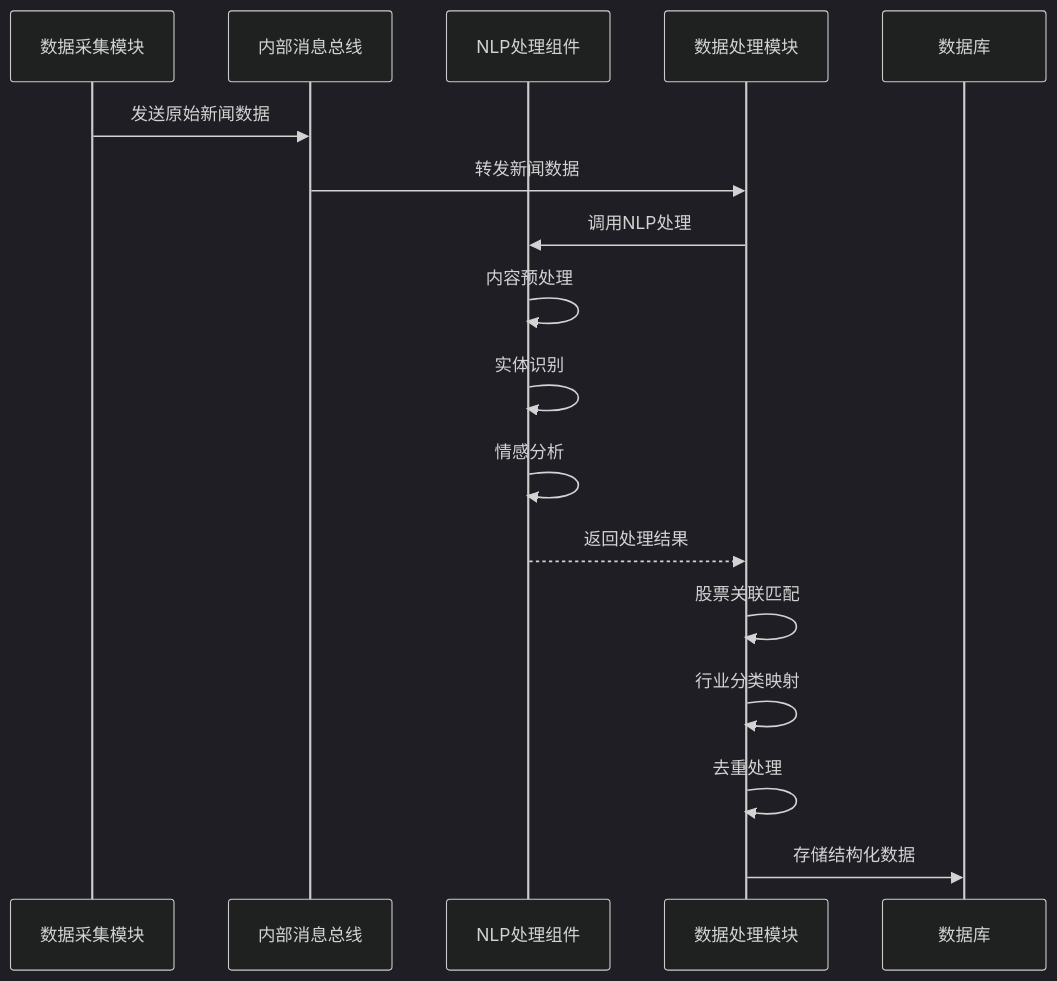
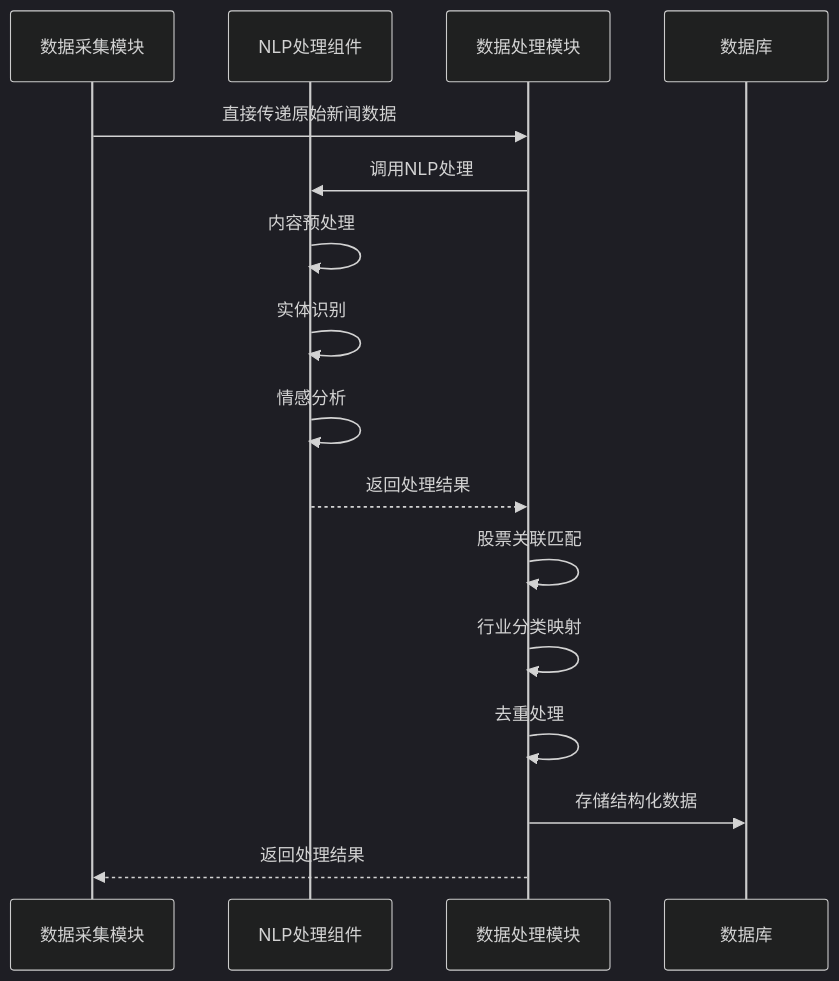
Before and after one commit to Casper-Mars/trading: the fourth of 4 diagrams in .trae/documents/design_backend.md, drawn with Mermaid (dark theme). The commit also changed other lines of this file and 44 other files, not shown here.

````diff
--- a/.trae/documents/design_backend.md
+++ b/.trae/documents/design_backend.md
@@ -460,20 +457,19 @@
 ```mermaid
 sequenceDiagram
     participant DC as 数据采集模块
-    participant Bus as 内部消息总线
     participant NLP as NLP处理组件
     participant DP as 数据处理模块
     participant DB as 数据库
     
-    DC->>Bus: 发送原始新闻数据
-    Bus->>DP: 转发新闻数据
+    DC->>DP: 直接传递原始新闻数据
     DP->>NLP: 调用NLP处理
     NLP->>NLP: 内容预处理
     NLP->>NLP: 实体识别
     NLP->>NLP: 情感分析
     NLP-->>DP: 返回处理结果
     DP->>DP: 股票关联匹配
     DP->>DP: 行业分类映射
     DP->>DP: 去重处理
     DP->>DB: 存储结构化数据
+    DP-->>DC: 返回处理结果
 ```
````
